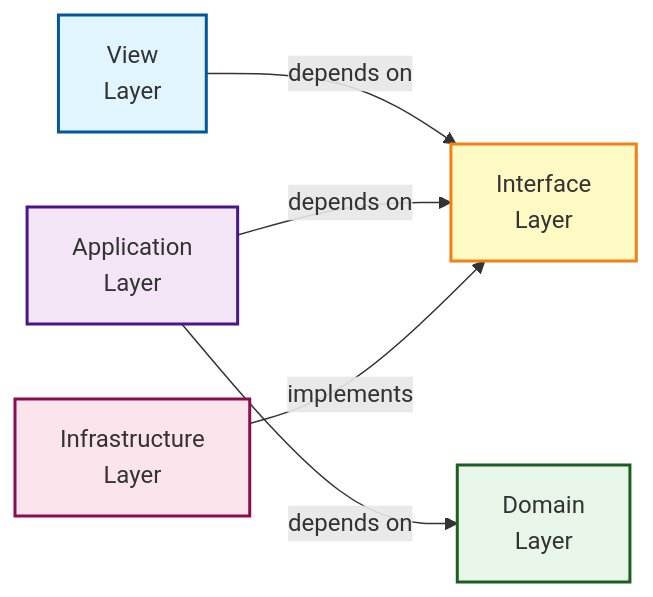
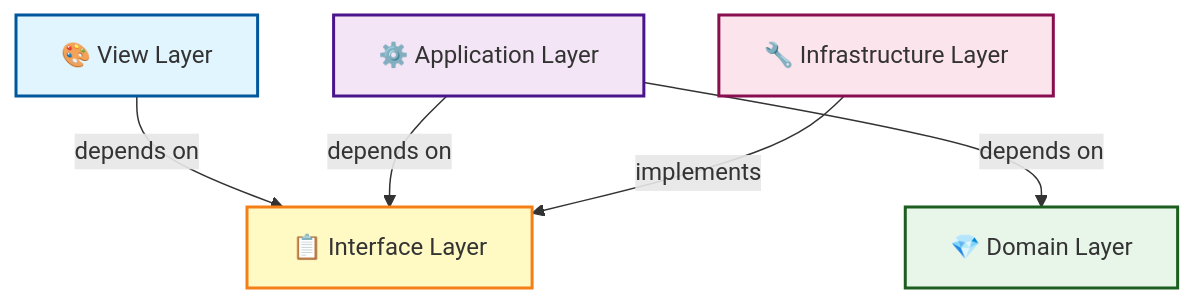
Before and after one commit to Next2D/framework-typescript-template: the third of 6 diagrams in template/ARCHITECTURE.md, drawn with Mermaid. The commit also changed other lines of this file and 1 other file, not shown here.

````diff
--- a/template/ARCHITECTURE.md
+++ b/template/ARCHITECTURE.md
@@ -93,13 +103,19 @@
 ```mermaid
-graph LR
-    View["View<br/>Layer"] -->|depends on| Interface["Interface<br/>Layer"]
-    App["Application<br/>Layer"] -->|depends on| Interface
-    App -->|depends on| Domain["Domain<br/>Layer"]
-    Infra["Infrastructure<br/>Layer"] -->|implements| Interface
+flowchart TD
+    View["🎨 View Layer"]
+    Interface["📋 Interface Layer"]
+    App["⚙️ Application Layer"]
+    Domain["💎 Domain Layer"]
+    Infra["🔧 Infrastructure Layer"]
+    
+    View -->|depends on| Interface
+    App -->|depends on| Interface
+    App -->|depends on| Domain
+    Infra -->|implements| Interface
     
     style View fill:#e1f5ff,stroke:#01579b,stroke-width:2px
     style Interface fill:#fff9c4,stroke:#f57f17,stroke-width:2px
     style App fill:#f3e5f5,stroke:#4a148c,stroke-width:2px
     style Domain fill:#e8f5e9,stroke:#1b5e20,stroke-width:2px
     style Infra fill:#fce4ec,stroke:#880e4f,stroke-width:2px
 ```
````
